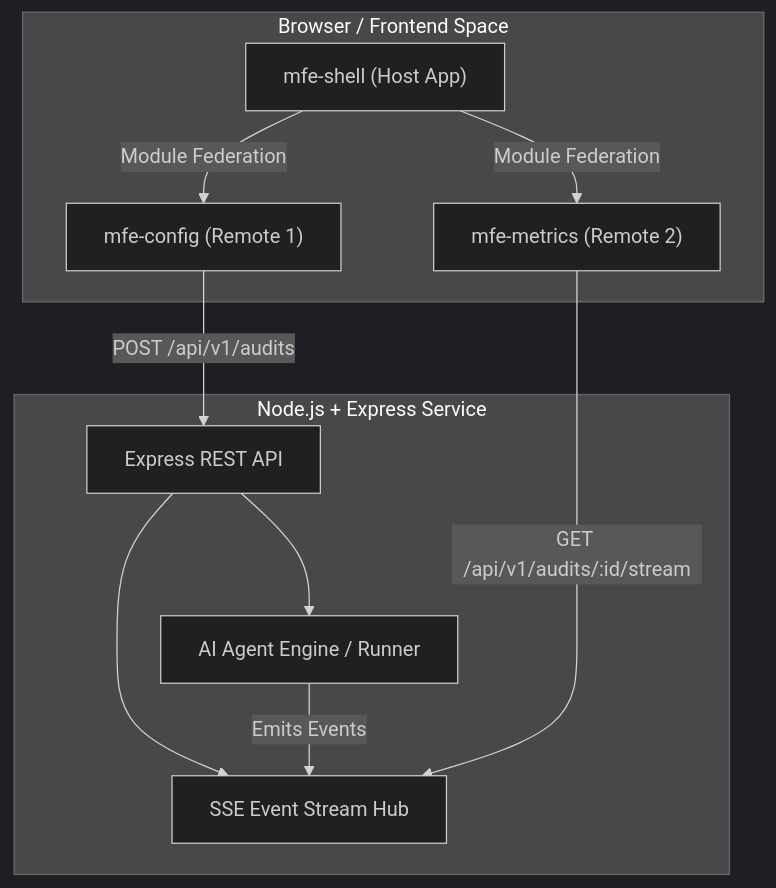
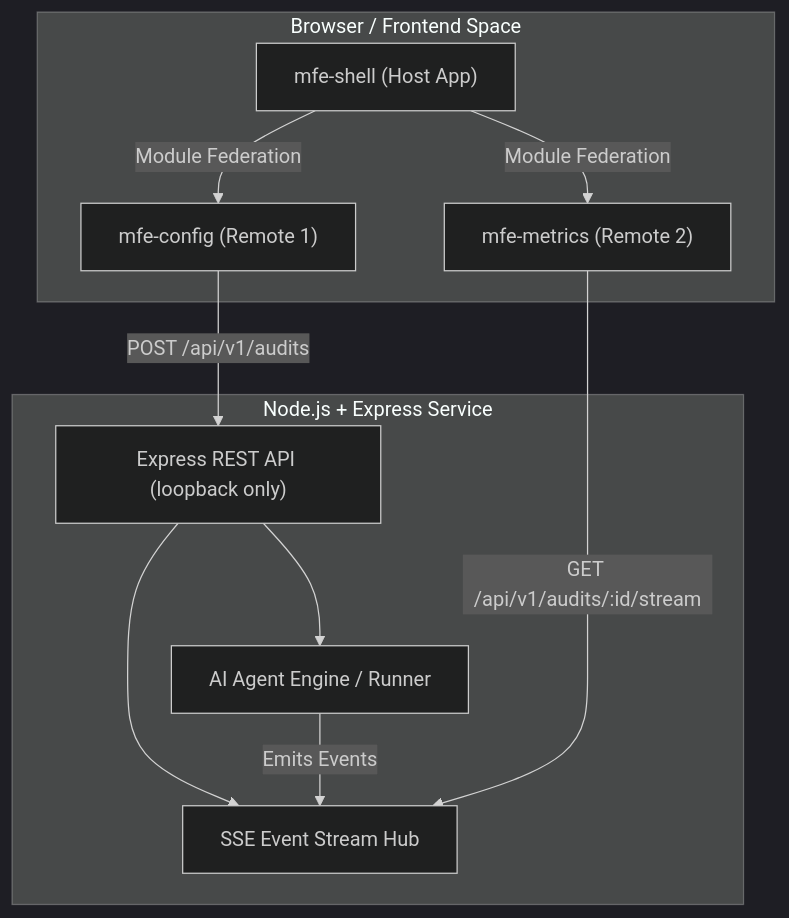
One commit to anavasm/sentinel-sdd changed the first of 2 diagrams in docs/ARCHITECTURE.md. Above: the diagram before and after it, drawn with Mermaid (dark theme). The commit also changed other lines of this file and 17 other files, not shown here.

````diff
--- a/docs/ARCHITECTURE.md
+++ b/docs/ARCHITECTURE.md
@@ -11,25 +11,25 @@
 ```mermaid
 graph TD
     subgraph Client ["Browser / Frontend Space"]
         Shell["mfe-shell (Host App)"]
         ConfigMFE["mfe-config (Remote 1)"]
         MetricsMFE["mfe-metrics (Remote 2)"]
         
         Shell -->|Module Federation| ConfigMFE
         Shell -->|Module Federation| MetricsMFE
     end
 
     subgraph Backend ["Node.js + Express Service"]
-        API["Express REST API"]
+        API["Express REST API (loopback only)"]
         SSEHub["SSE Event Stream Hub"]
         AgentEngine["AI Agent Engine / Runner"]
         
         API --> SSEHub
         API --> AgentEngine
         AgentEngine -->|Emits Events| SSEHub
     end
 
     ConfigMFE -->|POST /api/v1/audits| API
     MetricsMFE -->|GET /api/v1/audits/:id/stream| SSEHub
 
 ```
````
